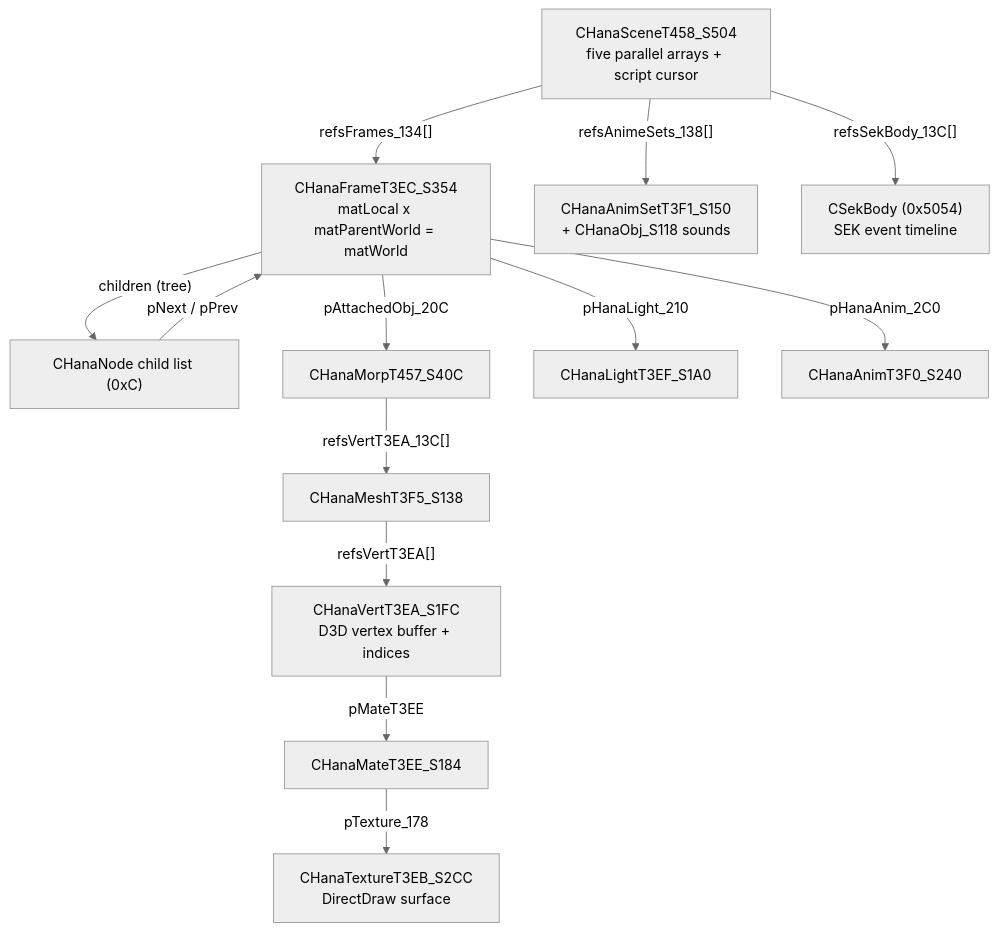
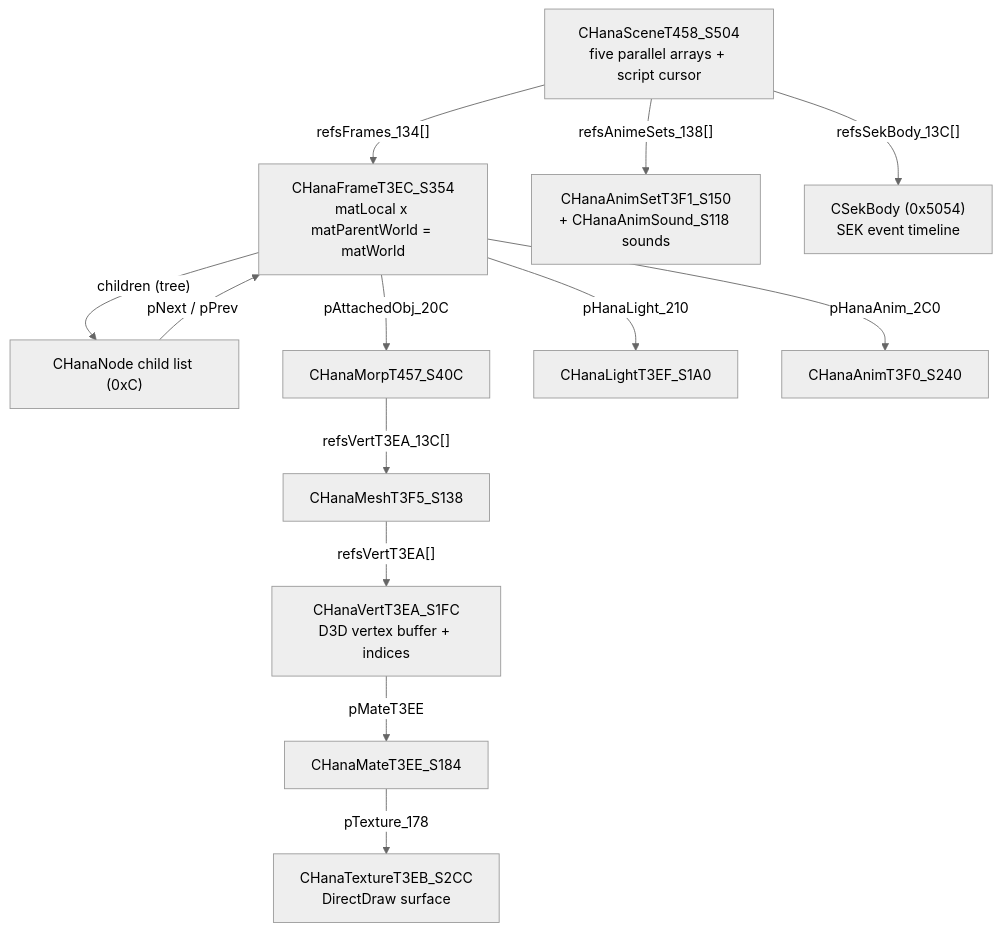
One commit to firodj/re-sbz changed the second of 3 diagrams in hnhmods/docs/ARCHITECTURE.md. Above: the diagram before and after it, drawn with Mermaid (neutral theme). The commit also changed 12 other files, not shown here.

````diff
--- a/hnhmods/docs/ARCHITECTURE.md
+++ b/hnhmods/docs/ARCHITECTURE.md
@@ -161,28 +161,28 @@
 ```mermaid
 flowchart TD
     SCENE["CHanaSceneT458_S504<br/>five parallel arrays + script cursor"]
     FRAME["CHanaFrameT3EC_S354<br/>matLocal x matParentWorld = matWorld"]
     NODE["CHanaNode child list (0xC)"]
     MORP["CHanaMorpT457_S40C"]
     LIGHT["CHanaLightT3EF_S1A0"]
     ANIM["CHanaAnimT3F0_S240"]
-    ANIMSET["CHanaAnimSetT3F1_S150<br/>+ CHanaObj_S118 sounds"]
+    ANIMSET["CHanaAnimSetT3F1_S150<br/>+ CHanaAnimSound_S118 sounds"]
     MESH["CHanaMeshT3F5_S138"]
     VERT["CHanaVertT3EA_S1FC<br/>D3D vertex buffer + indices"]
     MATE["CHanaMateT3EE_S184"]
     TEX["CHanaTextureT3EB_S2CC<br/>DirectDraw surface"]
     SEK["CSekBody (0x5054)<br/>SEK event timeline"]
 
     SCENE -->|"refsFrames_134[]"| FRAME
     SCENE -->|"refsAnimeSets_138[]"| ANIMSET
     SCENE -->|"refsSekBody_13C[]"| SEK
     FRAME -->|"children (tree)"| NODE
     NODE -->|"pNext / pPrev"| FRAME
     FRAME -->|"pAttachedObj_20C"| MORP
     FRAME -->|"pHanaLight_210"| LIGHT
     FRAME -->|"pHanaAnim_2C0"| ANIM
     MORP -->|"refsVertT3EA_13C[]"| MESH
     MESH -->|"refsVertT3EA[]"| VERT
     VERT -->|"pMateT3EE"| MATE
     MATE -->|"pTexture_178"| TEX
 ```
````
